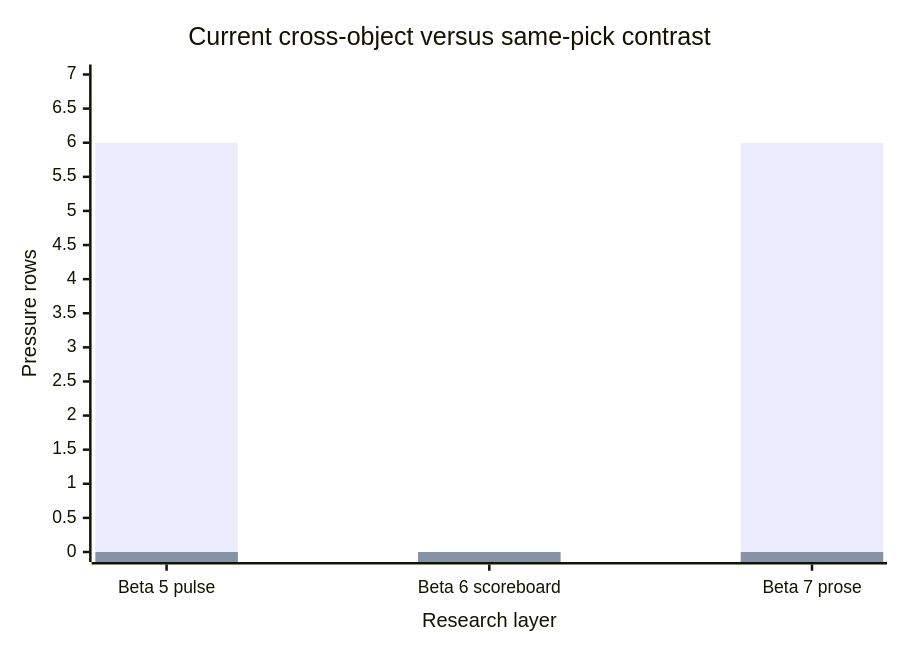
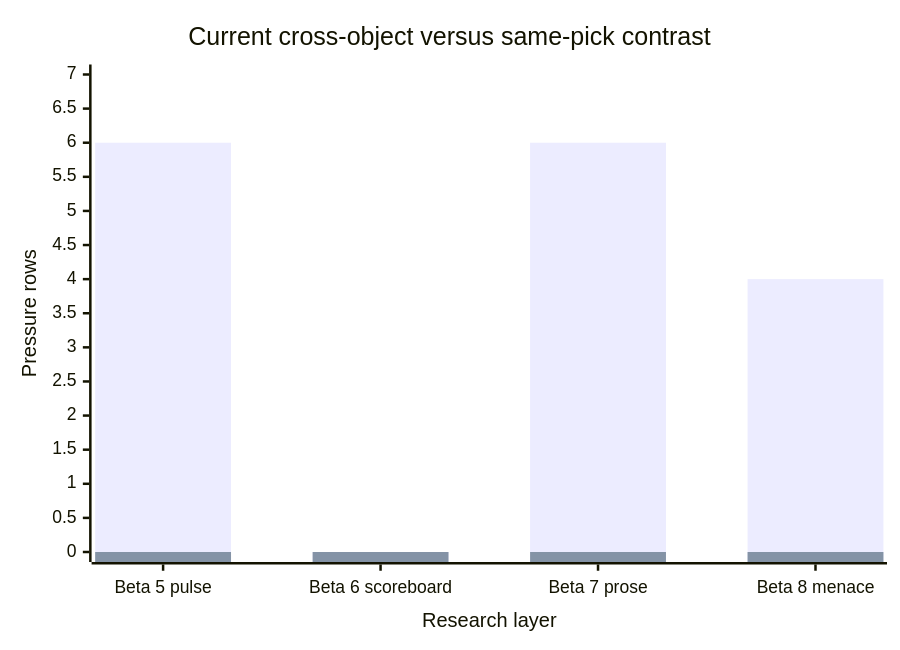
The first of 3 diagrams in docs/research/README.md (tryskian/scorey), drawn with Mermaid before and after one commit. The commit also changed other lines of this file and 14 other files, not shown here.

Commit message:
feat: activate beta 8 menace judgement (#73)

````diff
--- a/docs/research/README.md
+++ b/docs/research/README.md
@@ -47,8 +49,8 @@
 ```mermaid
 xychart-beta
   title "Current cross-object versus same-pick contrast"
-  x-axis "Research layer" ["Beta 5 pulse", "Beta 6 scoreboard", "Beta 7 prose"]
+  x-axis "Research layer" ["Beta 5 pulse", "Beta 6 scoreboard", "Beta 7 prose", "Beta 8 menace"]
   y-axis "Pressure rows" 0 --> 7
-  bar "Cross-object pressure" [6, 0, 6]
-  bar "Same-pick pressure" [0, 0, 0]
+  bar "Cross-object pressure" [6, 0, 6, 4]
+  bar "Same-pick pressure" [0, 0, 0, 0]
 ```
````
